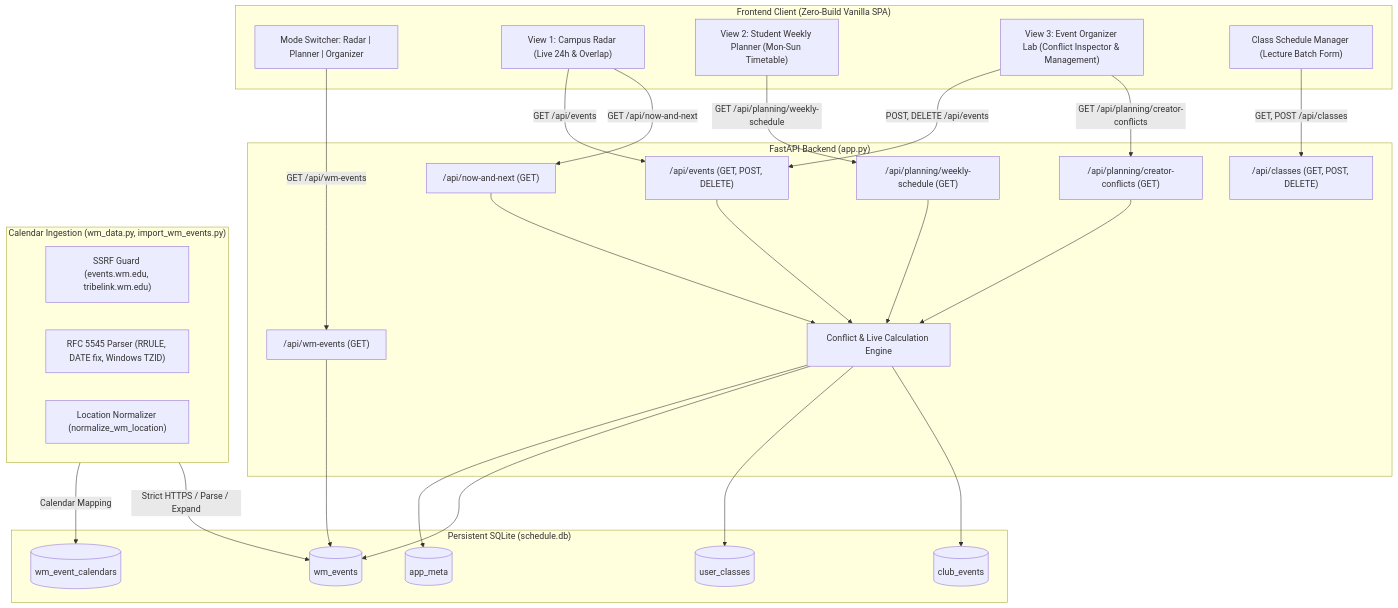
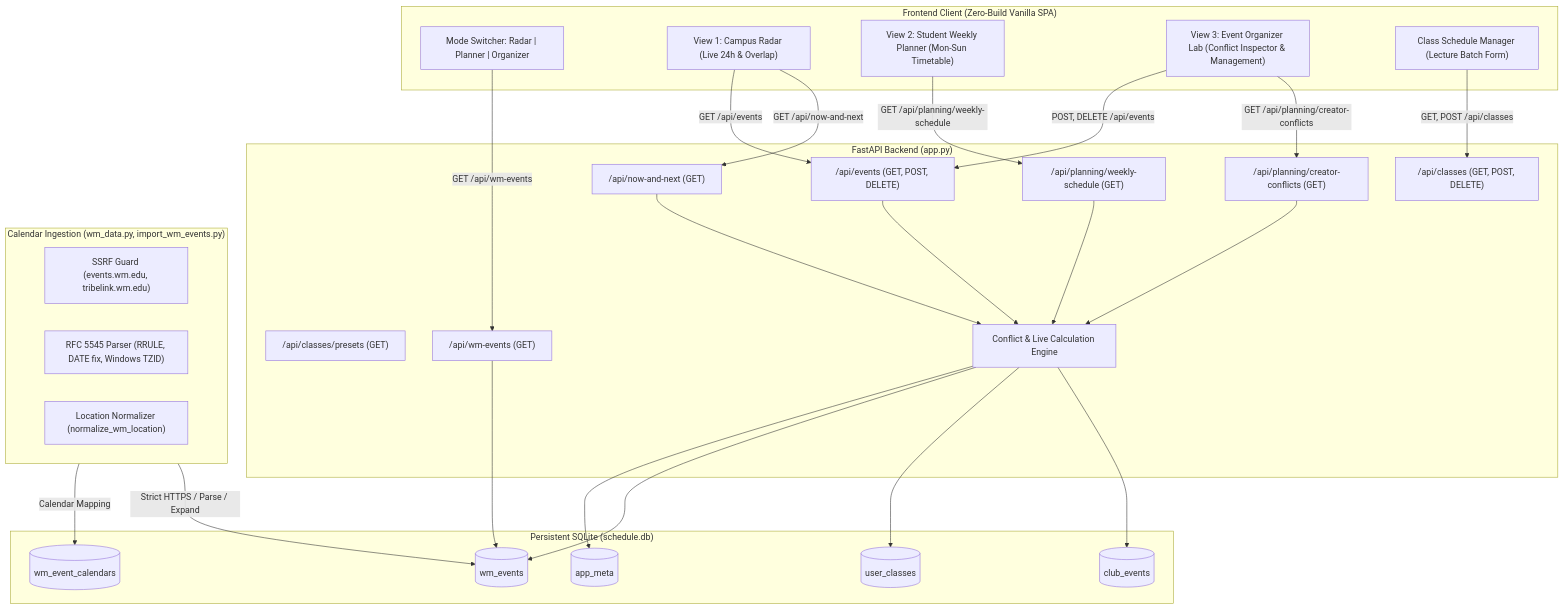
The first of 2 diagrams in ARCHITECTURE.md (alexbespik/AndEVENTS), drawn with Mermaid before and after one commit. The commit also changed other lines of this file and 4 other files, not shown here.

````diff
--- a/ARCHITECTURE.md
+++ b/ARCHITECTURE.md
@@ -7,56 +7,57 @@
 ```mermaid
 graph TD
     subgraph Browser ["Frontend Client (Zero-Build Vanilla SPA)"]
         UI_Nav["Mode Switcher: Radar | Planner | Organizer"]
         UI_Radar["View 1: Campus Radar (Live 24h & Overlap)"]
         UI_Planner["View 2: Student Weekly Planner (Mon-Sun Timetable)"]
         UI_Organizer["View 3: Event Organizer Lab (Conflict Inspector & Management)"]
         UI_Sidebar["Class Schedule Manager (Lecture Batch Form)"]
     end
 
     subgraph Backend ["FastAPI Backend (app.py)"]
         API_Events["/api/events (GET, POST, DELETE)"]
         API_Classes["/api/classes (GET, POST, DELETE)"]
+        API_ClassPresets["/api/classes/presets (GET)"]
         API_NowNext["/api/now-and-next (GET)"]
         API_WMEvents["/api/wm-events (GET)"]
         API_Planning_Conflicts["/api/planning/creator-conflicts (GET)"]
         API_Planning_Weekly["/api/planning/weekly-schedule (GET)"]
         Engine["Conflict & Live Calculation Engine"]
     end
 
     subgraph Ingestion ["Calendar Ingestion (wm_data.py, import_wm_events.py)"]
         SSRF["SSRF Guard (events.wm.edu, tribelink.wm.edu)"]
         Parser["RFC 5545 Parser (RRULE, DATE fix, Windows TZID)"]
         NormLoc["Location Normalizer (normalize_wm_location)"]
     end
 
     subgraph Storage ["Persistent SQLite (schedule.db)"]
         T_Events[("club_events")]
         T_Classes[("user_classes")]
         T_WMEvents[("wm_events")]
         T_WMCals[("wm_event_calendars")]
         T_Meta[("app_meta")]
     end
 
     UI_Radar -->|GET /api/now-and-next| API_NowNext
     UI_Radar -->|GET /api/events| API_Events
     UI_Sidebar -->|GET, POST /api/classes| API_Classes
     UI_Planner -->|GET /api/planning/weekly-schedule| API_Planning_Weekly
     UI_Organizer -->|GET /api/planning/creator-conflicts| API_Planning_Conflicts
     UI_Organizer -->|POST, DELETE /api/events| API_Events
     UI_Nav -->|GET /api/wm-events| API_WMEvents
 
     Ingestion -->|Strict HTTPS / Parse / Expand| T_WMEvents
     Ingestion -->|Calendar Mapping| T_WMCals
 
     API_NowNext --> Engine
     API_Events --> Engine
     API_Planning_Conflicts --> Engine
     API_Planning_Weekly --> Engine
     API_WMEvents --> T_WMEvents
 
     Engine --> T_Events
     Engine --> T_Classes
     Engine --> T_WMEvents
     Engine --> T_Meta
 ```
````
